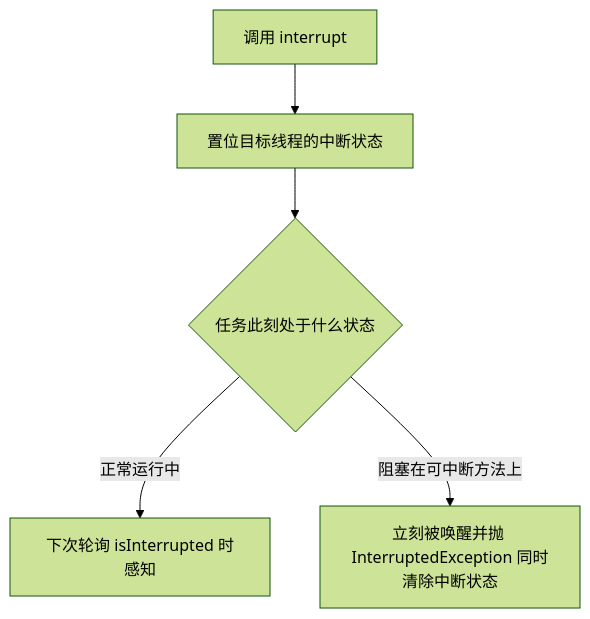
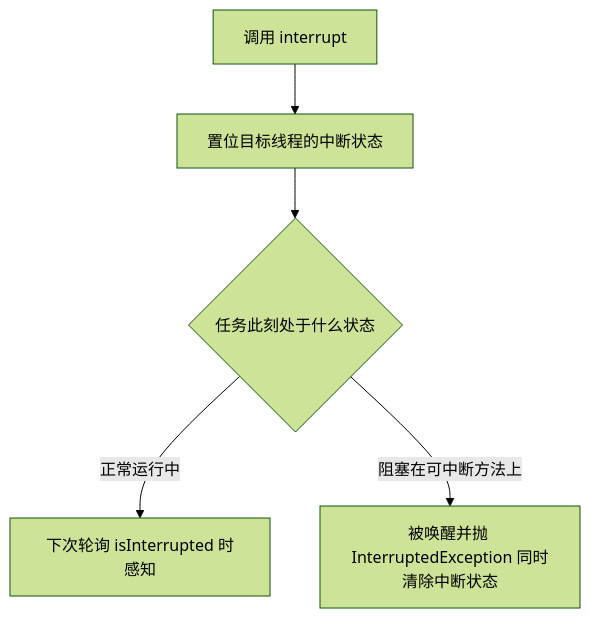
Before and after one commit to coswit/coswit.github.io: the diagram in Java并发编程/06取消与关闭.md, drawn with Mermaid (forest theme). The commit also changed other lines of this file and 6 other files, not shown here.

````diff
--- a/Java并发编程/06取消与关闭.md
+++ b/Java并发编程/06取消与关闭.md
@@ -56,7 +58,7 @@
 ```mermaid
 flowchart TD
     req[调用 interrupt] --> st[置位目标线程的中断状态]
     st --> where{任务此刻处于什么状态}
     where -- 正常运行中 --> poll[下次轮询 isInterrupted 时感知]
-    where -- 阻塞在可中断方法上 --> exc[立刻被唤醒并抛 InterruptedException 同时清除中断状态]
+    where -- 阻塞在可中断方法上 --> exc[被唤醒并抛 InterruptedException 同时清除中断状态]
 ```
````
